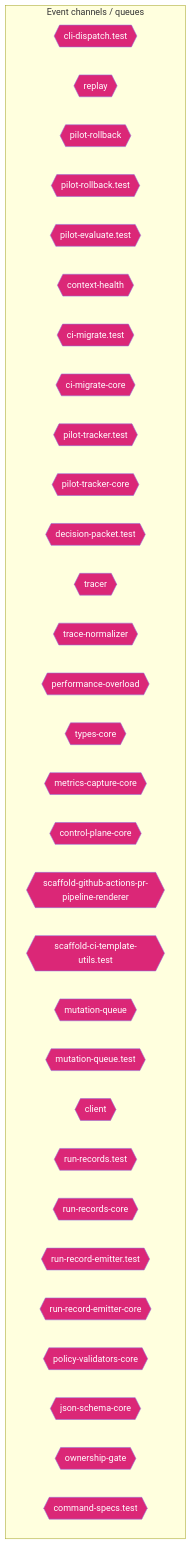
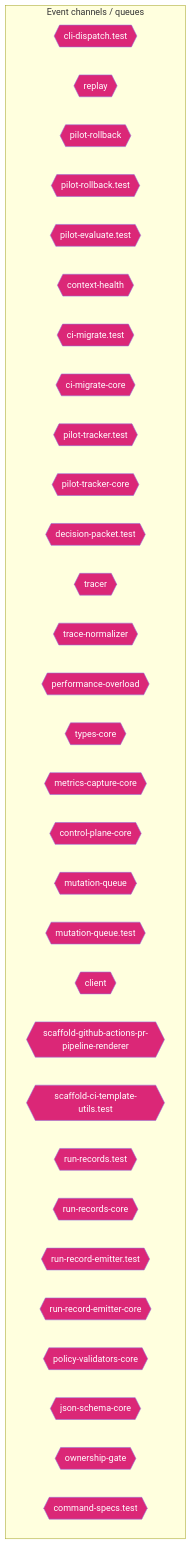
Before and after one commit to jscraik/coding-harness: the ninth of 14 diagrams in AI/context/diagram-context.md, drawn with Mermaid. The commit also changed other lines of this file and 1 other file, not shown here.

First line of the commit message:
fix(diagrams): stabilize context freshness

````diff
--- a/AI/context/diagram-context.md
+++ b/AI/context/diagram-context.md
@@ -1528,38 +1528,38 @@
 ```mermaid
 flowchart TD
   subgraph Channels["Event channels / queues"]
     cli_dispatch_test_54c9f17b{{"cli-dispatch.test"}}
     replay_ac203c98{{"replay"}}
     pilot_rollback_00c1f82c{{"pilot-rollback"}}
     pilot_rollback_test_e61d5a2b{{"pilot-rollback.test"}}
     pilot_evaluate_test_a2ac06fc{{"pilot-evaluate.test"}}
     context_health_80bb7da9{{"context-health"}}
     ci_migrate_test_2a015bb9{{"ci-migrate.test"}}
     ci_migrate_core_7005b5af{{"ci-migrate-core"}}
     pilot_tracker_test_80398a66{{"pilot-tracker.test"}}
     pilot_tracker_core_80d8ac96{{"pilot-tracker-core"}}
     decision_packet_test_9ea0e97b{{"decision-packet.test"}}
     tracer_1e6243a2{{"tracer"}}
     trace_normalizer_cb1be1d2{{"trace-normalizer"}}
     performance_overload_c685bfcf{{"performance-overload"}}
     types_core_e405ddca{{"types-core"}}
     metrics_capture_core_db4bf7cf{{"metrics-capture-core"}}
     control_plane_core_db3b4cb2{{"control-plane-core"}}
-    scaffold_github_actions_pr_pipeline_renderer_1ee18de5{{"scaffold-github-actions-pr-pipeline-renderer"}}
-    scaffold_ci_template_utils_test_b94825d9{{"scaffold-ci-template-utils.test"}}
     mutation_queue_ce5a530e{{"mutation-queue"}}
     mutation_queue_test_10b599e8{{"mutation-queue.test"}}
     client_1_914e1681{{"client"}}
+    scaffold_github_actions_pr_pipeline_renderer_1ee18de5{{"scaffold-github-actions-pr-pipeline-renderer"}}
+    scaffold_ci_template_utils_test_b94825d9{{"scaffold-ci-template-utils.test"}}
     run_records_test_3ee6a0e3{{"run-records.test"}}
     run_records_core_89286dfa{{"run-records-core"}}
     run_record_emitter_test_5475c0da{{"run-record-emitter.test"}}
     run_record_emitter_core_688049d5{{"run-record-emitter-core"}}
     policy_validators_core_714a3fe7{{"policy-validators-core"}}
     json_schema_core_96d7e328{{"json-schema-core"}}
     ownership_gate_2e194d13{{"ownership-gate"}}
     command_specs_test_7f693e85{{"command-specs.test"}}
   end
   classDef eventNode fill:#db2777,color:#fff
-  class cli_dispatch_test_54c9f17b,replay_ac203c98,pilot_rollback_00c1f82c,pilot_rollback_test_e61d5a2b,pilot_evaluate_test_a2ac06fc,context_health_80bb7da9,ci_migrate_test_2a015bb9,ci_migrate_core_7005b5af,pilot_tracker_test_80398a66,pilot_tracker_core_80d8ac96,decision_packet_test_9ea0e97b,tracer_1e6243a2,trace_normalizer_cb1be1d2,performance_overload_c685bfcf,types_core_e405ddca,metrics_capture_core_db4bf7cf,control_plane_core_db3b4cb2,scaffold_github_actions_pr_pipeline_renderer_1ee18de5,scaffold_ci_template_utils_test_b94825d9,mutation_queue_ce5a530e,mutation_queue_test_10b599e8,client_1_914e1681,run_records_test_3ee6a0e3,run_records_core_89286dfa,run_record_emitter_test_5475c0da,run_record_emitter_core_688049d5,policy_validators_core_714a3fe7,json_schema_core_96d7e328,ownership_gate_2e194d13,command_specs_test_7f693e85 eventNode
+  class cli_dispatch_test_54c9f17b,replay_ac203c98,pilot_rollback_00c1f82c,pilot_rollback_test_e61d5a2b,pilot_evaluate_test_a2ac06fc,context_health_80bb7da9,ci_migrate_test_2a015bb9,ci_migrate_core_7005b5af,pilot_tracker_test_80398a66,pilot_tracker_core_80d8ac96,decision_packet_test_9ea0e97b,tracer_1e6243a2,trace_normalizer_cb1be1d2,performance_overload_c685bfcf,types_core_e405ddca,metrics_capture_core_db4bf7cf,control_plane_core_db3b4cb2,mutation_queue_ce5a530e,mutation_queue_test_10b599e8,client_1_914e1681,scaffold_github_actions_pr_pipeline_renderer_1ee18de5,scaffold_ci_template_utils_test_b94825d9,run_records_test_3ee6a0e3,run_records_core_89286dfa,run_record_emitter_test_5475c0da,run_record_emitter_core_688049d5,policy_validators_core_714a3fe7,json_schema_core_96d7e328,ownership_gate_2e194d13,command_specs_test_7f693e85 eventNode
 
 ```
````
